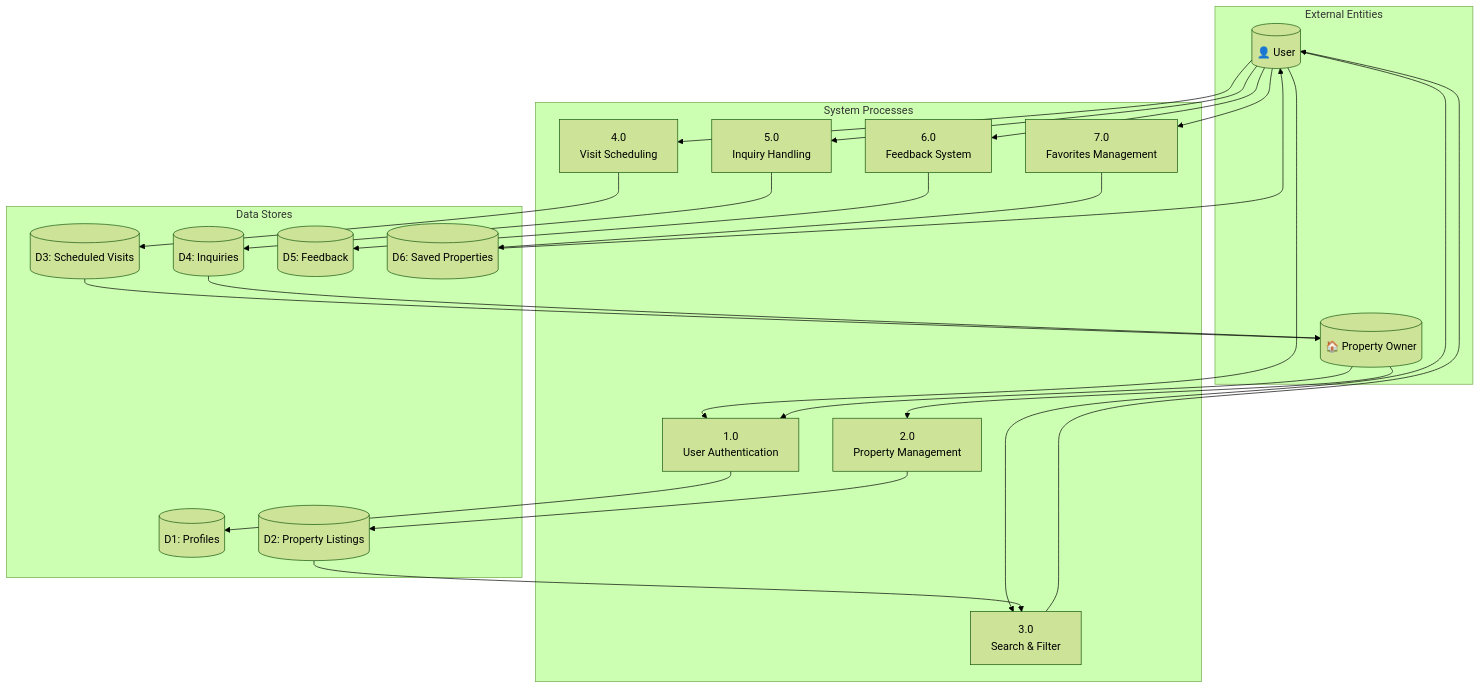
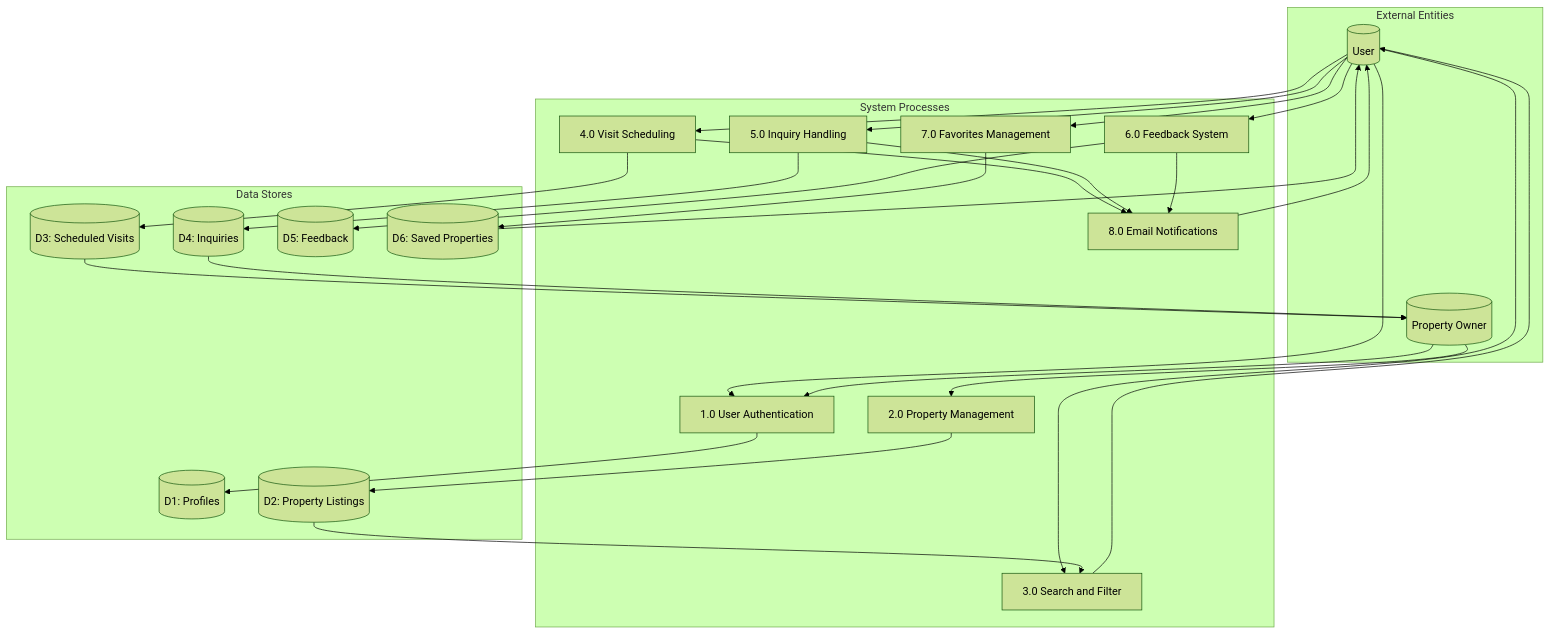
The third of 4 diagrams in AGILE_PROJECT_DOCUMENTATION.md (Thejazo1709/dream-home-listings), drawn with Mermaid (forest theme) before and after one commit. The commit also changed other lines of this file, not shown here.

````diff
--- a/AGILE_PROJECT_DOCUMENTATION.md
+++ b/AGILE_PROJECT_DOCUMENTATION.md
@@ -241,46 +251,52 @@
 ```mermaid
 flowchart TB
     subgraph Users["External Entities"]
-        U[("👤 User")]
-        PO[("🏠 Property Owner")]
+        U[("User")]
+        PO[("Property Owner")]
     end
     
     subgraph Processes["System Processes"]
-        P1["1.0<br/>User Authentication"]
-        P2["2.0<br/>Property Management"]
-        P3["3.0<br/>Search & Filter"]
-        P4["4.0<br/>Visit Scheduling"]
-        P5["5.0<br/>Inquiry Handling"]
-        P6["6.0<br/>Feedback System"]
-        P7["7.0<br/>Favorites Management"]
+        P1["1.0 User Authentication"]
+        P2["2.0 Property Management"]
+        P3["3.0 Search and Filter"]
+        P4["4.0 Visit Scheduling"]
+        P5["5.0 Inquiry Handling"]
+        P6["6.0 Feedback System"]
+        P7["7.0 Favorites Management"]
+        P8["8.0 Email Notifications"]
     end
     
     subgraph DataStores["Data Stores"]
         D1[("D1: Profiles")]
         D2[("D2: Property Listings")]
         D3[("D3: Scheduled Visits")]
         D4[("D4: Inquiries")]
         D5[("D5: Feedback")]
         D6[("D6: Saved Properties")]
     end
     
     U --> P1 --> D1
     PO --> P1
     
     PO --> P2 --> D2
     
     U --> P3
     D2 --> P3
     P3 --> U
     
     U --> P4 --> D3
+    P4 --> P8
     D3 --> PO
     
     U --> P5 --> D4
+    P5 --> P8
     D4 --> PO
     
     U --> P6 --> D5
+    P6 --> P8
     
     U --> P7 --> D6
     D6 --> U
+    
+    P8 --> U
 ```
````
